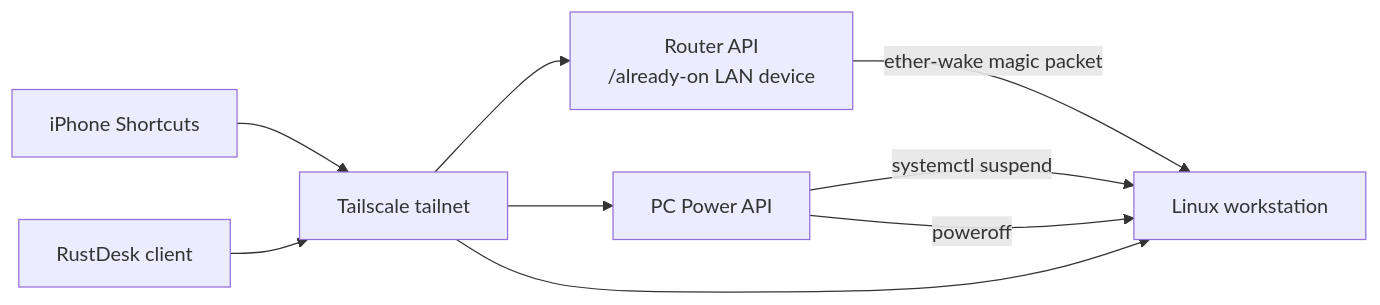
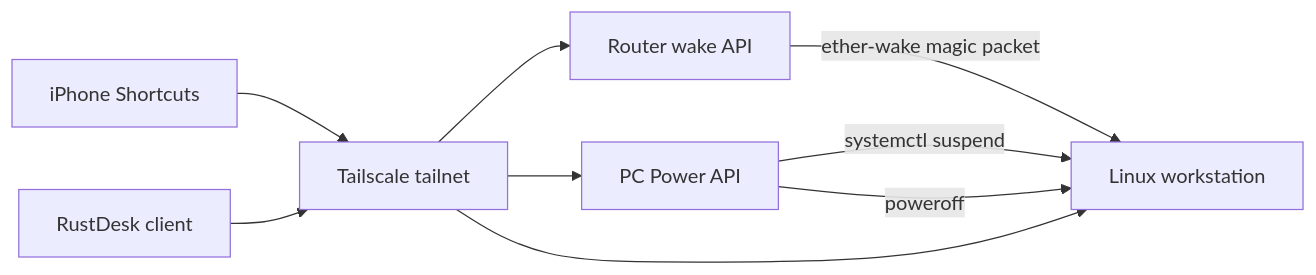
The diagram in README.md (nofihq/router-wol-remote-power), drawn with Mermaid before and after one commit. The commit also changed other lines of this file and 9 other files, not shown here.

````diff
--- a/README.md
+++ b/README.md
@@ -79,18 +81,18 @@
 ```mermaid
 flowchart LR
   phone["iPhone Shortcuts"]
   tailscale["Tailscale tailnet"]
-  router["Router API\n/already-on LAN device"]
+  router["Router wake API"]
   pcapi["PC Power API"]
   pc["Linux workstation"]
   rustdesk["RustDesk client"]
 
   phone --> tailscale
   tailscale --> router
   tailscale --> pcapi
   router -->|"ether-wake magic packet"| pc
   pcapi -->|"systemctl suspend"| pc
   pcapi -->|"poweroff"| pc
   rustdesk --> tailscale
   tailscale --> pc
 ```
````
